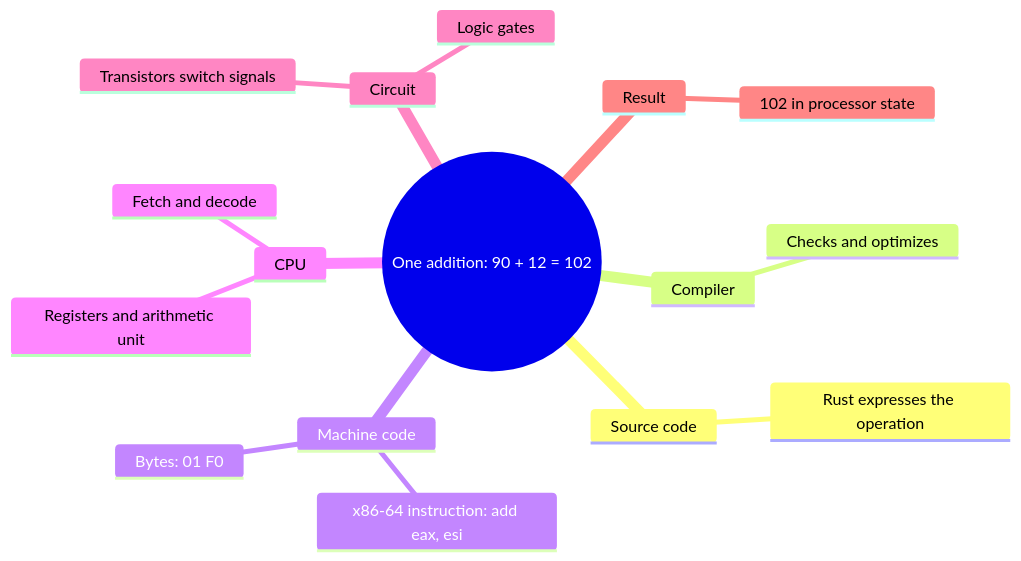
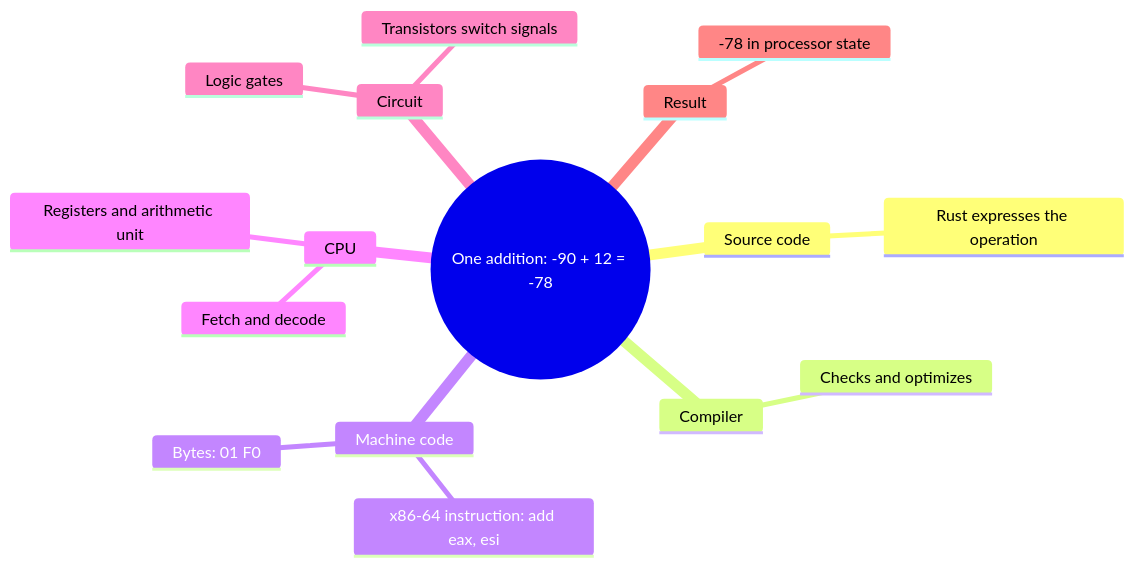
One commit to dyotamo/blog changed the second of 2 diagrams in content/articles/how-computers-execute-instructions/index.md. Above: the diagram before and after it, drawn with Mermaid. The commit also changed other lines of this file and 26 other files, not shown here.

````diff
--- a/content/articles/how-computers-execute-instructions/index.md
+++ b/content/articles/how-computers-execute-instructions/index.md
@@ -178,19 +180,19 @@
 ```mermaid
 mindmap
-  root((One addition: 90 + 12 = 102))
+  root((One addition: -90 + 12 = -78))
     Source code
       Rust expresses the operation
     Compiler
       Checks and optimizes
     Machine code
       x86-64 instruction: add eax, esi
       Bytes: 01 F0
     CPU
       Fetch and decode
       Registers and arithmetic unit
     Circuit
       Logic gates
       Transistors switch signals
     Result
-      102 in processor state
+      -78 in processor state
 ```
````
